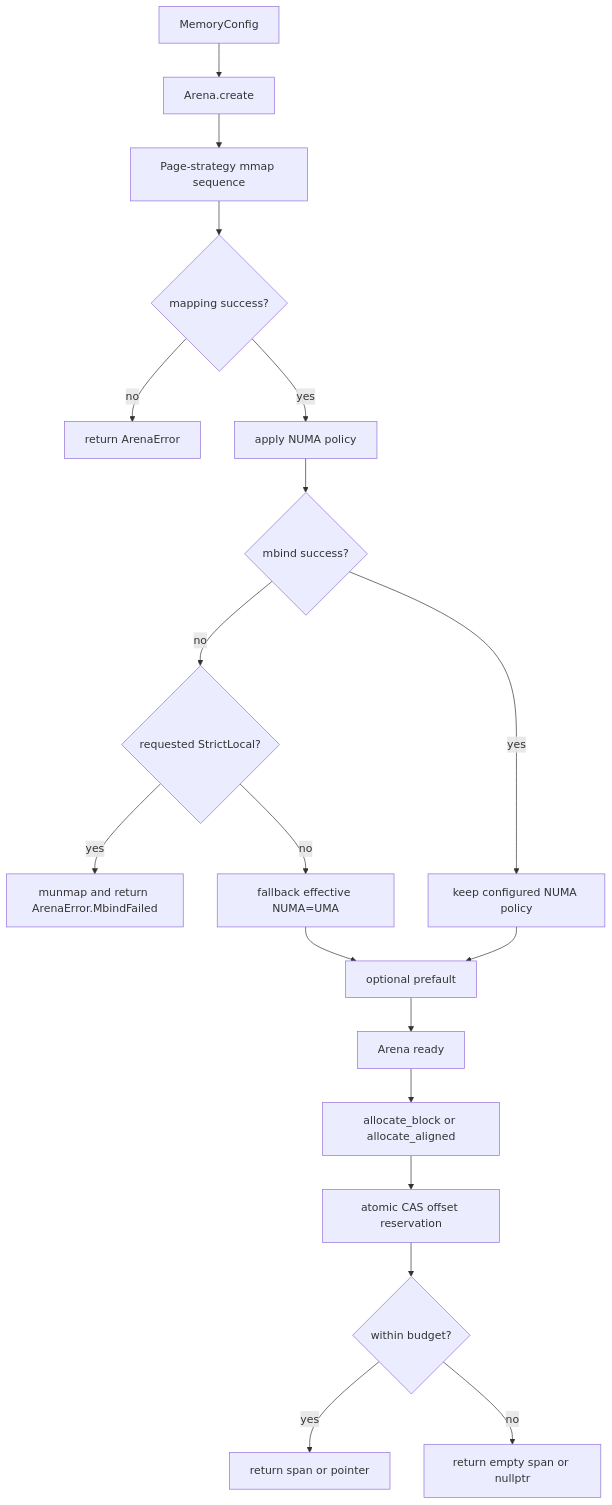
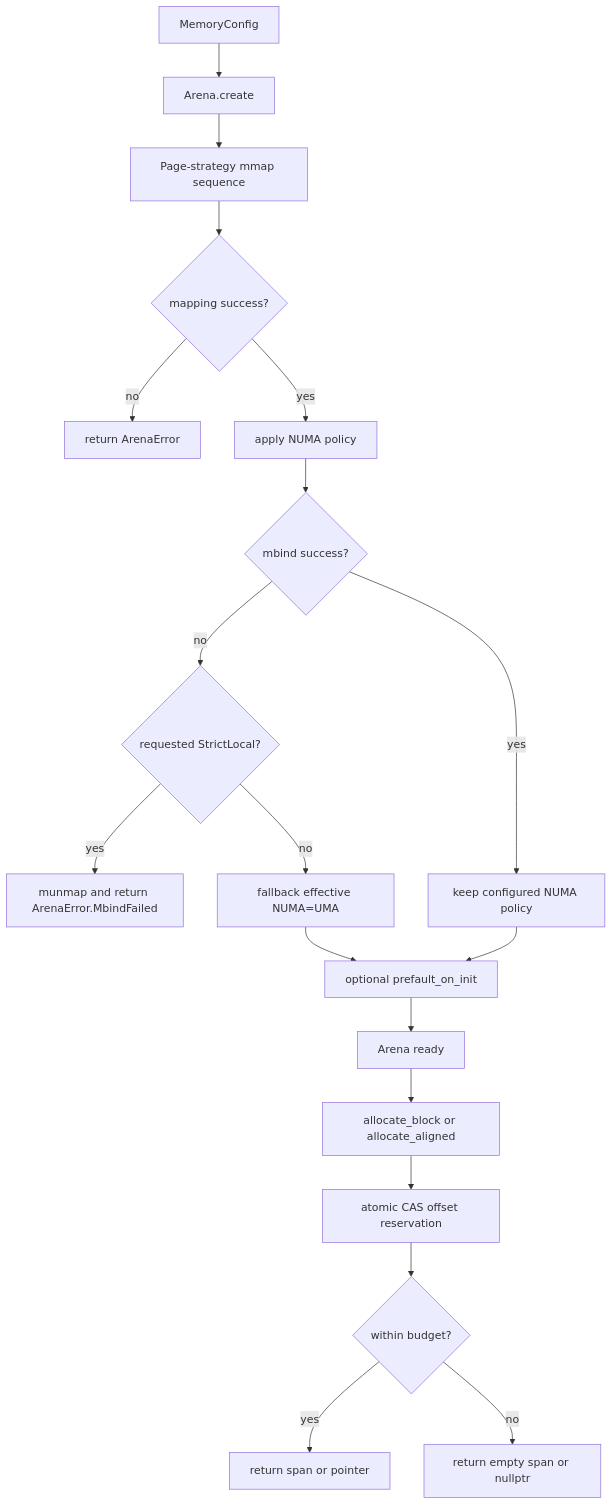
One commit to ankitkr-04/strata-db changed the first of 3 diagrams in docs/architecture/03-memory-arena.md. Above: the diagram before and after it, drawn with Mermaid. The commit also changed other lines of this file and 7 other files, not shown here.

First line of the commit message:
docs: update architecture documentation for SkipListMemTable and SkipListNode

````diff
--- a/docs/architecture/03-memory-arena.md
+++ b/docs/architecture/03-memory-arena.md
@@ -63,21 +64,21 @@
 ```mermaid
 flowchart TD
     A[MemoryConfig] --> B[Arena.create]
     B --> C[Page-strategy mmap sequence]
     C --> D{mapping success?}
     D -- no --> E[return ArenaError]
     D -- yes --> F[apply NUMA policy]
     F --> G{mbind success?}
     G -- no --> H{requested StrictLocal?}
   H -- yes --> I[munmap and return ArenaError.MbindFailed]
     H -- no --> J[fallback effective NUMA=UMA]
   G -- yes --> P0[keep configured NUMA policy]
-  J --> K[optional prefault]
+  J --> K[optional prefault_on_init]
   P0 --> K
   K --> L[Arena ready]
   L --> M[allocate_block or allocate_aligned]
   M --> N[atomic CAS offset reservation]
   N --> O{within budget?}
   O -- yes --> P[return span or pointer]
   O -- no --> Q[return empty span or nullptr]
 ```
````
